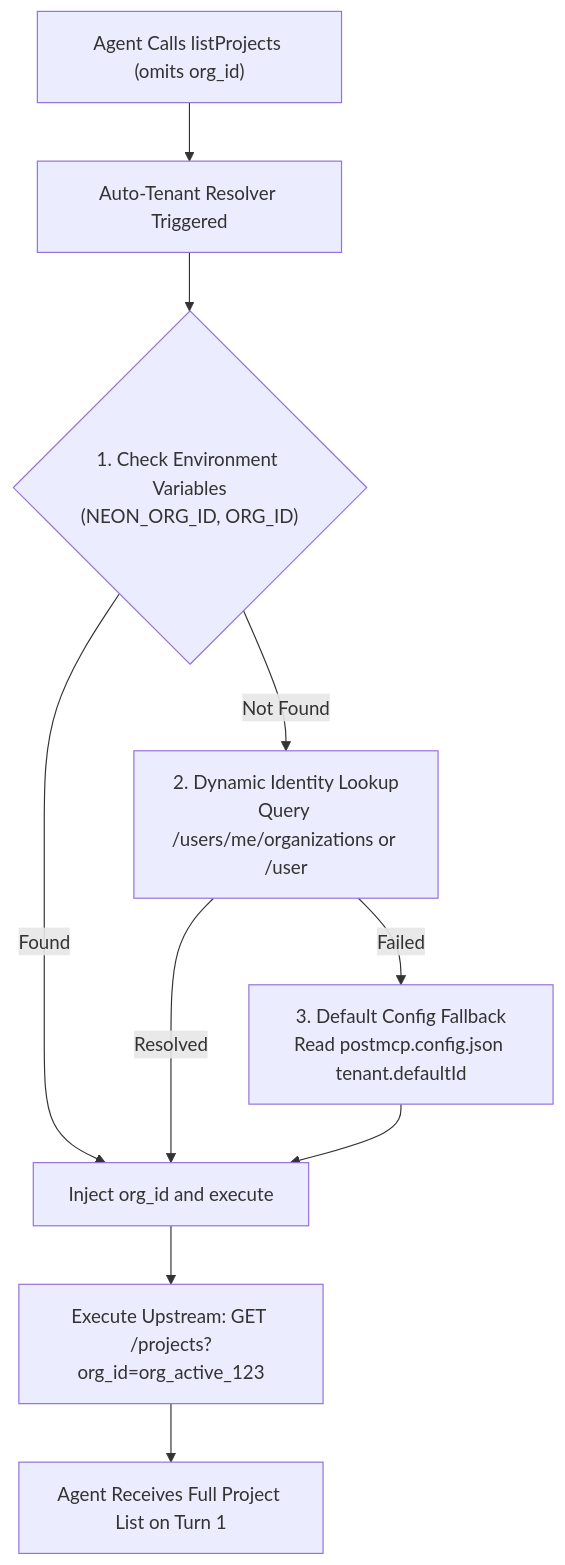
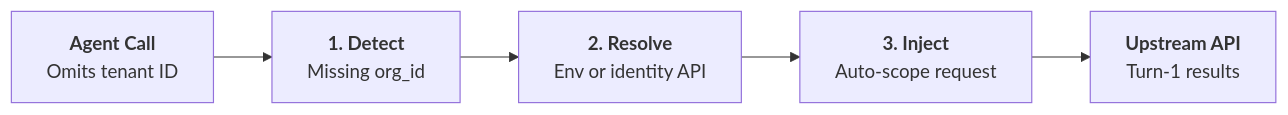
The diagram in packages/studio/content/docs/multi-tenant/index.mdx (BraveRam/postmcp), drawn with Mermaid before and after one commit. The commit also changed 14 other files, not shown here.

Commit message:
docs(mermaid): standardize documentation diagrams to compact horizontal flowchart layout (v0.1.24)

````diff
--- a/packages/studio/content/docs/multi-tenant/index.mdx
+++ b/packages/studio/content/docs/multi-tenant/index.mdx
@@ -26,12 +26,8 @@
 ```mermaid
-graph TD
-  Call["Agent Calls listProjects (omits org_id)"] --> Resolver["Auto-Tenant Resolver Triggered"]
-  Resolver --> Env{"1. Check Environment Variables<br/>(NEON_ORG_ID, ORG_ID)"}
-  Env -->|"Found"| Inject["Inject org_id and execute"]
-  Env -->|"Not Found"| Lookup["2. Dynamic Identity Lookup<br/>Query /users/me/organizations or /user"]
-  Lookup -->|"Resolved"| Inject
-  Lookup -->|"Failed"| Fallback["3. Default Config Fallback<br/>Read postmcp.config.json tenant.defaultId"]
-  Fallback --> Inject
-  Inject --> Upstream["Execute Upstream: GET /projects?org_id=org_active_123"]
-  Upstream --> Agent["Agent Receives Full Project List on Turn 1"]
+flowchart LR
+  Call["<b>Agent Call</b><br/>Omits tenant ID"]
+  --> Detect["<b>1. Detect</b><br/>Missing org_id"]
+  --> Resolve["<b>2. Resolve</b><br/>Env or identity API"]
+  --> Inject["<b>3. Inject</b><br/>Auto-scope request"]
+  --> API["<b>Upstream API</b><br/>Turn-1 results"]
 ```
````
